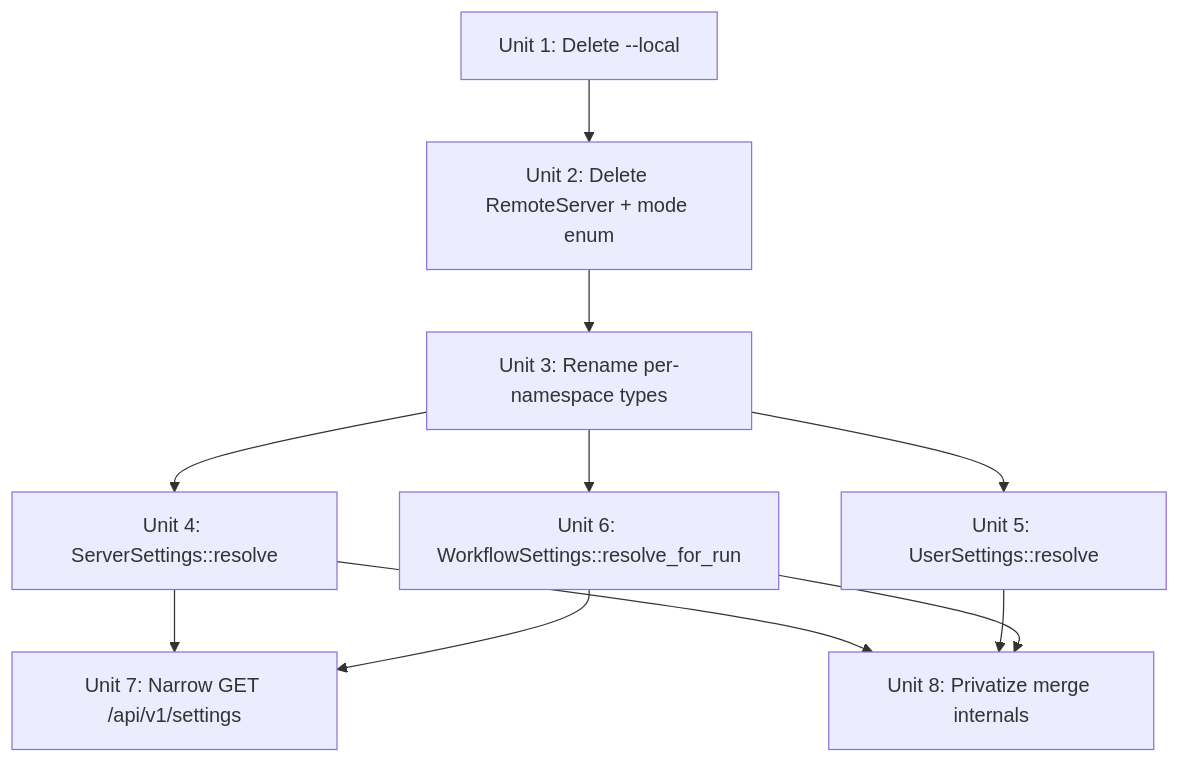
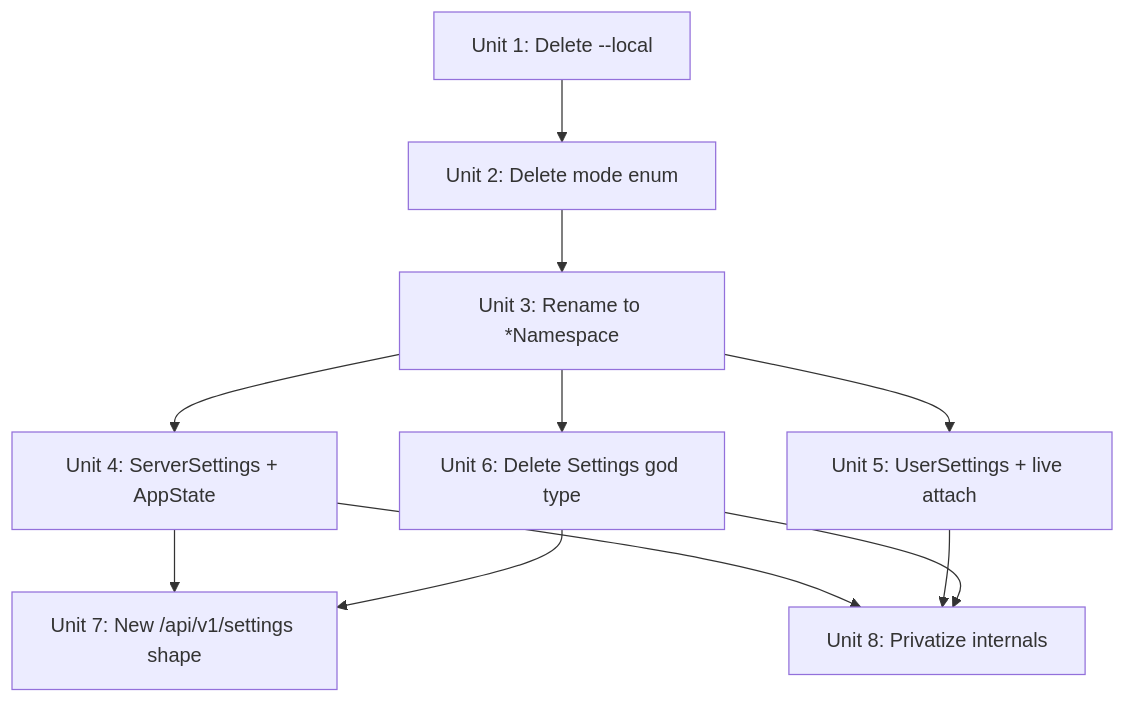
One commit to haroldolivieri/fabro changed the diagram in docs/plans/2026-04-22-001-refactor-settings-api-entrypoints-plan.md. Above: the diagram before and after it, drawn with Mermaid. The commit also changed other lines of this file, not shown here.

````diff
--- a/docs/plans/2026-04-22-001-refactor-settings-api-entrypoints-plan.md
+++ b/docs/plans/2026-04-22-001-refactor-settings-api-entrypoints-plan.md
@@ -348,22 +372,22 @@
 ```mermaid
 flowchart TB
     U1[Unit 1: Delete --local]
-    U2[Unit 2: Delete RemoteServer + mode enum]
-    U3[Unit 3: Rename per-namespace types]
-    U4[Unit 4: ServerSettings::resolve]
-    U5[Unit 5: UserSettings::resolve]
-    U6[Unit 6: WorkflowSettings::resolve_for_run]
-    U7[Unit 7: Narrow GET /api/v1/settings]
-    U8[Unit 8: Privatize merge internals]
+    U2[Unit 2: Delete mode enum]
+    U3[Unit 3: Rename to *Namespace]
+    U4[Unit 4: ServerSettings + AppState]
+    U5[Unit 5: UserSettings + live attach]
+    U6[Unit 6: Delete Settings god type]
+    U7[Unit 7: New /api/v1/settings shape]
+    U8[Unit 8: Privatize internals]
 
     U1 --> U2
     U2 --> U3
     U3 --> U4
     U3 --> U5
     U3 --> U6
     U4 --> U7
+    U6 --> U7
     U4 --> U8
     U5 --> U8
     U6 --> U8
-    U6 --> U7
 ```
````
